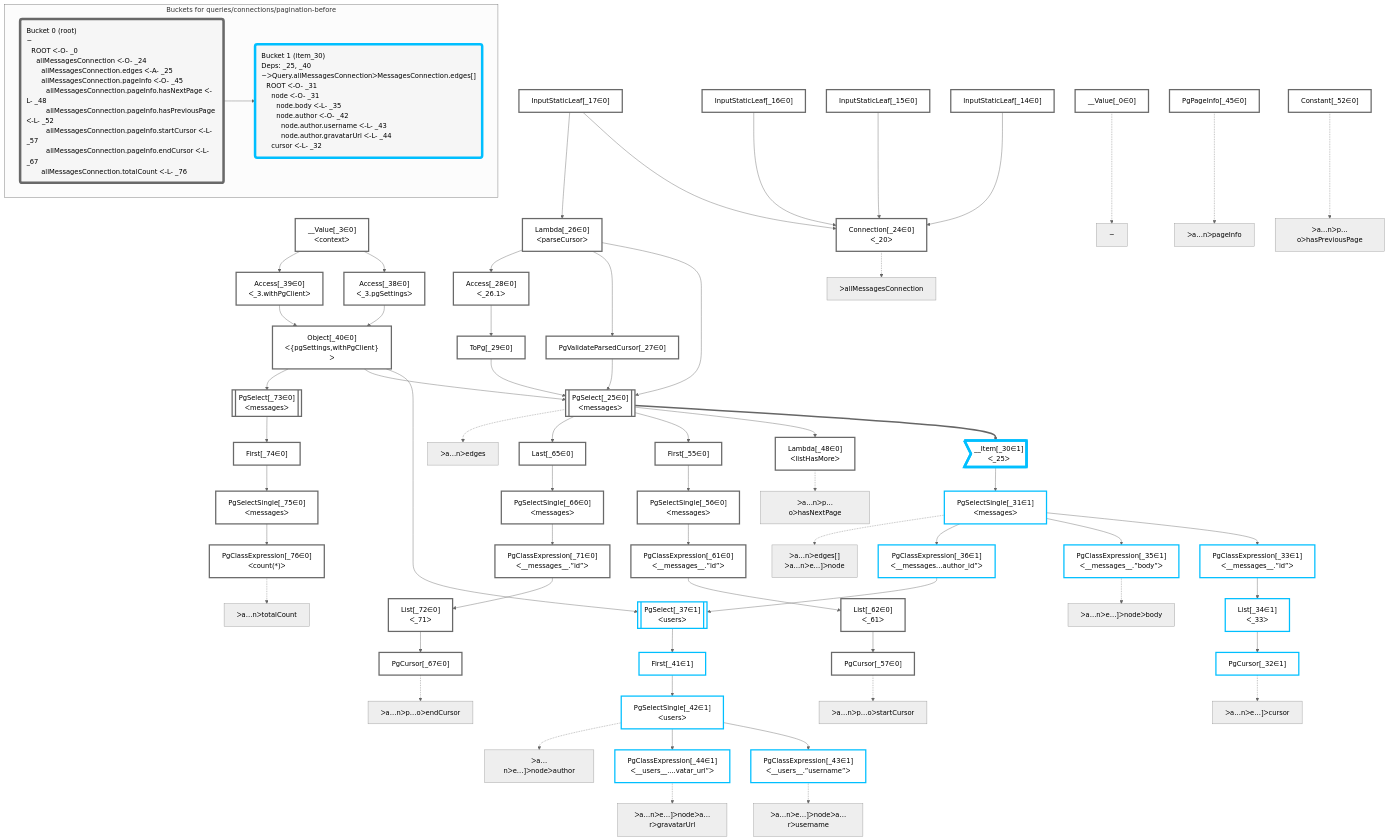
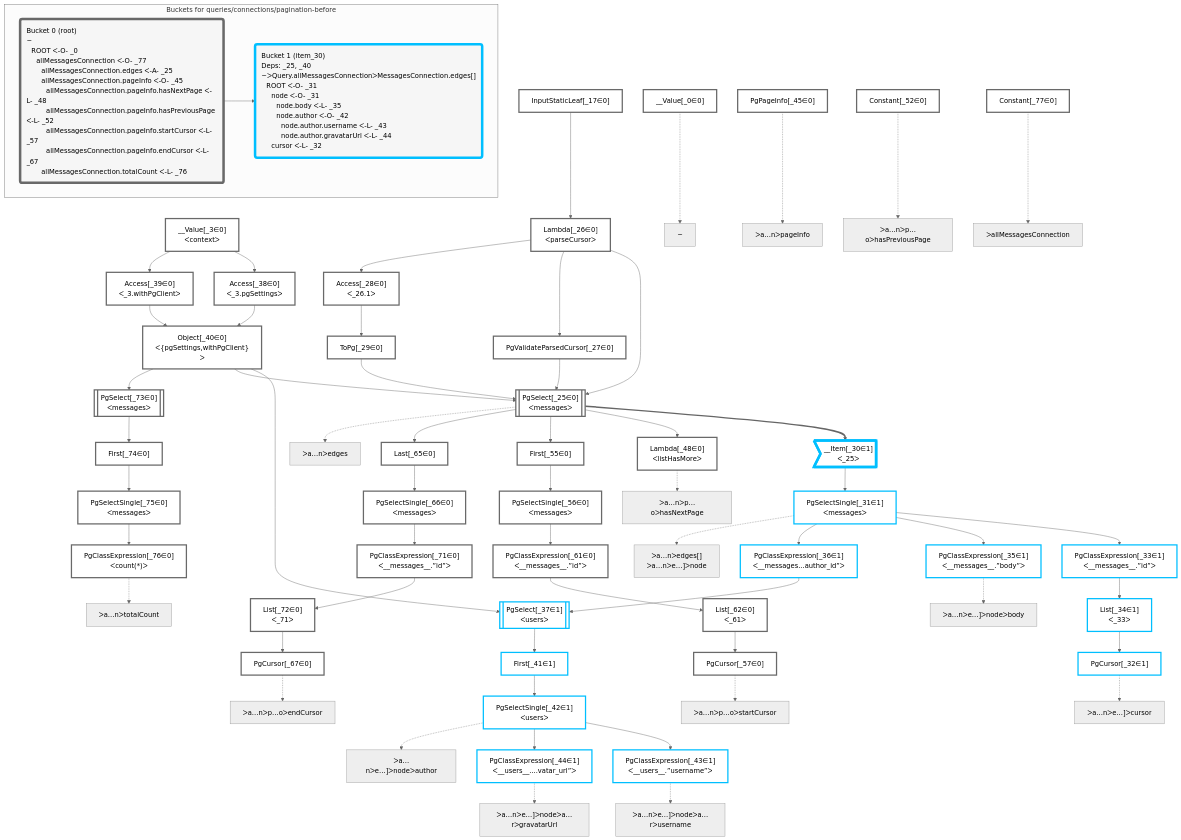
One commit to graphile/crystal changed the diagram in packages/dataplan-pg/__tests__/queries/connections/pagination-before.deopt.mermaid.md. Above: the diagram before and after it, drawn with Mermaid (neutral theme). The commit also changed 57 other files, not shown here.

```diff
--- a/packages/dataplan-pg/__tests__/queries/connections/pagination-before.deopt.mermaid.md
+++ b/packages/dataplan-pg/__tests__/queries/connections/pagination-before.deopt.mermaid.md
@@ -41,15 +41,12 @@
     Access_38["Access[_38∈0]<br />ᐸ_3.pgSettingsᐳ"]:::plan
     Access_39["Access[_39∈0]<br />ᐸ_3.withPgClientᐳ"]:::plan
     __Value_3["__Value[_3∈0]<br />ᐸcontextᐳ"]:::plan
-    Connection_24["Connection[_24∈0]<br />ᐸ_20ᐳ"]:::plan
-    InputStaticLeaf_14["InputStaticLeaf[_14∈0]"]:::plan
-    InputStaticLeaf_15["InputStaticLeaf[_15∈0]"]:::plan
-    InputStaticLeaf_16["InputStaticLeaf[_16∈0]"]:::plan
     PgValidateParsedCursor_27["PgValidateParsedCursor[_27∈0]"]:::plan
     ToPg_29["ToPg[_29∈0]"]:::plan
     Access_28["Access[_28∈0]<br />ᐸ_26.1ᐳ"]:::plan
     Lambda_26["Lambda[_26∈0]<br />ᐸparseCursorᐳ"]:::plan
     InputStaticLeaf_17["InputStaticLeaf[_17∈0]"]:::plan
+    Constant_77["Constant[_77∈0]"]:::plan
     PgPageInfo_45["PgPageInfo[_45∈0]"]:::plan
     Constant_52["Constant[_52∈0]"]:::plan
 
@@ -85,7 +82,6 @@
     Access_38 & Access_39 --> Object_40
     __Value_3 --> Access_38
     __Value_3 --> Access_39
-    InputStaticLeaf_14 & InputStaticLeaf_15 & InputStaticLeaf_16 & InputStaticLeaf_17 --> Connection_24
     Lambda_26 --> PgValidateParsedCursor_27
     Access_28 --> ToPg_29
     Lambda_26 --> Access_28
@@ -94,8 +90,6 @@
     %% plan-to-path relationships
     P_0["~"]
     __Value_0 -.-> P_0
-    P_24["ᐳallMessagesConnection"]
-    Connection_24 -.-> P_24
     P_25["ᐳa…nᐳedges"]
     PgSelect_25 -.-> P_25
     P_31["ᐳa…nᐳedges[]<br />ᐳa…nᐳe…]ᐳnode"]
@@ -122,11 +116,13 @@
     PgCursor_67 -.-> P_67
     P_76["ᐳa…nᐳtotalCount"]
     PgClassExpression_76 -.-> P_76
+    P_77["ᐳallMessagesConnection"]
+    Constant_77 -.-> P_77
 
     subgraph "Buckets for queries/connections/pagination-before"
-    Bucket0("Bucket 0 (root)<br />~<br />⠀ROOT ᐸ-O- _0<br />⠀⠀allMessagesConnection ᐸ-O- _24<br />⠀⠀⠀allMessagesConnection.edges ᐸ-A- _25<br />⠀⠀⠀allMessagesConnection.pageInfo ᐸ-O- _45<br />⠀⠀⠀⠀allMessagesConnection.pageInfo.hasNextPage ᐸ-L- _48<br />⠀⠀⠀⠀allMessagesConnection.pageInfo.hasPreviousPage ᐸ-L- _52<br />⠀⠀⠀⠀allMessagesConnection.pageInfo.startCursor ᐸ-L- _57<br />⠀⠀⠀⠀allMessagesConnection.pageInfo.endCursor ᐸ-L- _67<br />⠀⠀⠀allMessagesConnection.totalCount ᐸ-L- _76"):::bucket
+    Bucket0("Bucket 0 (root)<br />~<br />⠀ROOT ᐸ-O- _0<br />⠀⠀allMessagesConnection ᐸ-O- _77<br />⠀⠀⠀allMessagesConnection.edges ᐸ-A- _25<br />⠀⠀⠀allMessagesConnection.pageInfo ᐸ-O- _45<br />⠀⠀⠀⠀allMessagesConnection.pageInfo.hasNextPage ᐸ-L- _48<br />⠀⠀⠀⠀allMessagesConnection.pageInfo.hasPreviousPage ᐸ-L- _52<br />⠀⠀⠀⠀allMessagesConnection.pageInfo.startCursor ᐸ-L- _57<br />⠀⠀⠀⠀allMessagesConnection.pageInfo.endCursor ᐸ-L- _67<br />⠀⠀⠀allMessagesConnection.totalCount ᐸ-L- _76"):::bucket
     classDef bucket0 stroke:#696969
-    class Bucket0,__Value_0,__Value_3,InputStaticLeaf_14,InputStaticLeaf_15,InputStaticLeaf_16,InputStaticLeaf_17,Connection_24,PgSelect_25,Lambda_26,PgValidateParsedCursor_27,Access_28,ToPg_29,Access_38,Access_39,Object_40,PgPageInfo_45,Lambda_48,Constant_52,First_55,PgSelectSingle_56,PgCursor_57,PgClassExpression_61,List_62,Last_65,PgSelectSingle_66,PgCursor_67,PgClassExpression_71,List_72,PgSelect_73,First_74,PgSelectSingle_75,PgClassExpression_76 bucket0
+    class Bucket0,__Value_0,__Value_3,InputStaticLeaf_17,PgSelect_25,Lambda_26,PgValidateParsedCursor_27,Access_28,ToPg_29,Access_38,Access_39,Object_40,PgPageInfo_45,Lambda_48,Constant_52,First_55,PgSelectSingle_56,PgCursor_57,PgClassExpression_61,List_62,Last_65,PgSelectSingle_66,PgCursor_67,PgClassExpression_71,List_72,PgSelect_73,First_74,PgSelectSingle_75,PgClassExpression_76,Constant_77 bucket0
     Bucket1("Bucket 1 (item_30)<br />Deps: _25, _40<br />~ᐳQuery.allMessagesConnectionᐳMessagesConnection.edges[]<br />⠀ROOT ᐸ-O- _31<br />⠀⠀node ᐸ-O- _31<br />⠀⠀⠀node.body ᐸ-L- _35<br />⠀⠀⠀node.author ᐸ-O- _42<br />⠀⠀⠀⠀node.author.username ᐸ-L- _43<br />⠀⠀⠀⠀node.author.gravatarUrl ᐸ-L- _44<br />⠀⠀cursor ᐸ-L- _32"):::bucket
     classDef bucket1 stroke:#00bfff
     class Bucket1,__Item_30,PgSelectSingle_31,PgCursor_32,PgClassExpression_33,List_34,PgClassExpression_35,PgClassExpression_36,PgSelect_37,First_41,PgSelectSingle_42,PgClassExpression_43,PgClassExpression_44 bucket1
```
